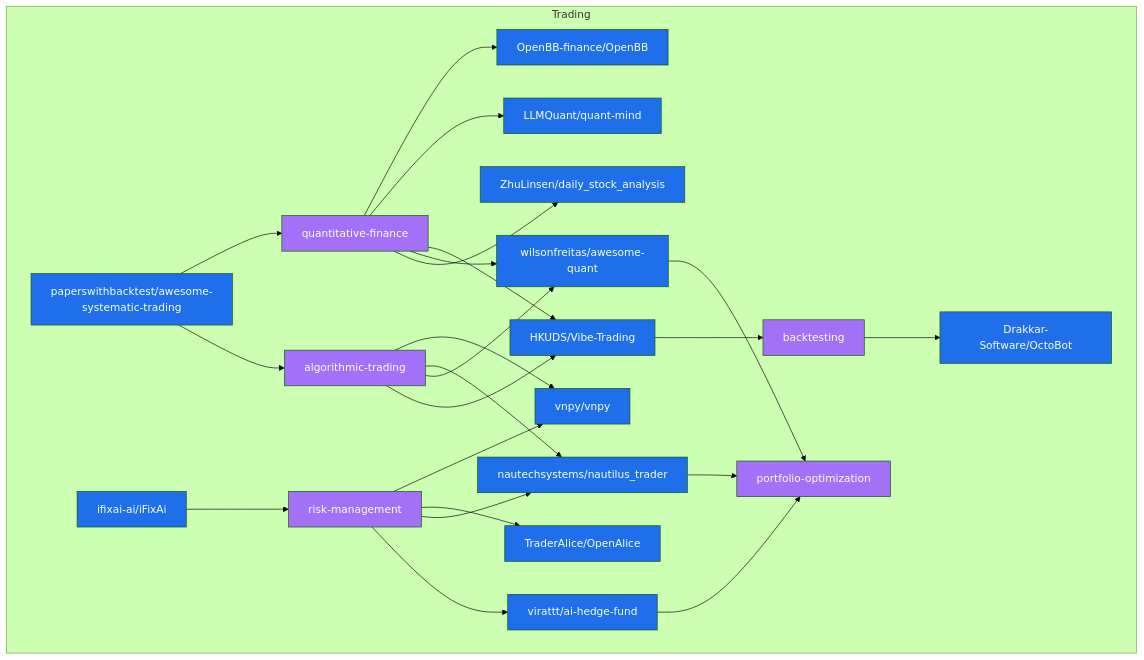
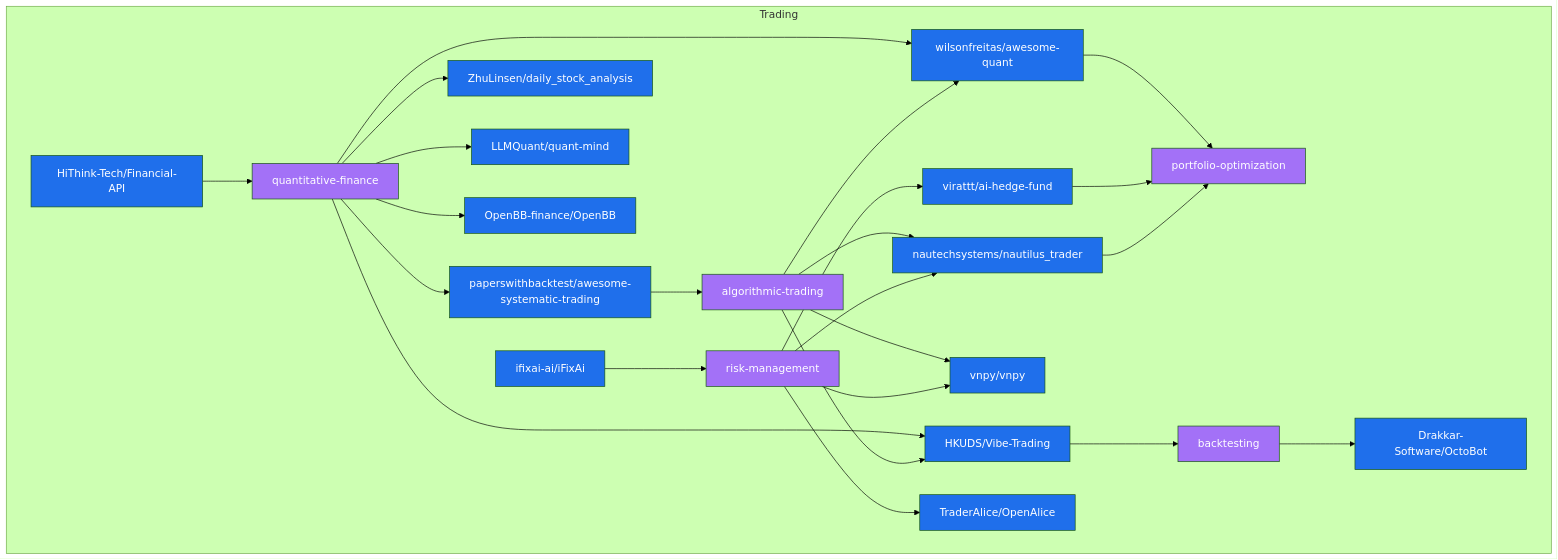
The diagram in data/star_graph_trading.mermaid (Meru143/star-graph), drawn with Mermaid (forest theme) before and after one commit. The commit also changed 15 other files, not shown here.

Commit message:
chore: weekly star graph update 2026-09-07

```diff
--- a/data/star_graph_trading.mermaid
+++ b/data/star_graph_trading.mermaid
@@ -1,46 +1,48 @@
 graph TD
   subgraph trading ["Trading"]
+    algorithmic_trading["algorithmic-trading"]:::topic
+    ZhuLinsen_daily_stock_analysis["ZhuLinsen/daily_stock_analysis"]:::repo
+    wilsonfreitas_awesome_quant["wilsonfreitas/awesome-quant"]:::repo
+    paperswithbacktest_awesome_systematic_trading["paperswithbacktest/awesome-systematic-trading"]:::repo
+    HKUDS_Vibe_Trading["HKUDS/Vibe-Trading"]:::repo
+    OpenBB_finance_OpenBB["OpenBB-finance/OpenBB"]:::repo
+    virattt_ai_hedge_fund["virattt/ai-hedge-fund"]:::repo
+    vnpy_vnpy["vnpy/vnpy"]:::repo
     Drakkar_Software_OctoBot["Drakkar-Software/OctoBot"]:::repo
+    TraderAlice_OpenAlice["TraderAlice/OpenAlice"]:::repo
+    portfolio_optimization["portfolio-optimization"]:::topic
+    quantitative_finance["quantitative-finance"]:::topic
+    risk_management["risk-management"]:::topic
+    nautechsystems_nautilus_trader["nautechsystems/nautilus_trader"]:::repo
     ifixai_ai_iFixAi["ifixai-ai/iFixAi"]:::repo
+    HiThink_Tech_Financial_API["HiThink-Tech/Financial-API"]:::repo
     backtesting["backtesting"]:::topic
     LLMQuant_quant_mind["LLMQuant/quant-mind"]:::repo
-    OpenBB_finance_OpenBB["OpenBB-finance/OpenBB"]:::repo
-    virattt_ai_hedge_fund["virattt/ai-hedge-fund"]:::repo
-    paperswithbacktest_awesome_systematic_trading["paperswithbacktest/awesome-systematic-trading"]:::repo
-    wilsonfreitas_awesome_quant["wilsonfreitas/awesome-quant"]:::repo
-    quantitative_finance["quantitative-finance"]:::topic
-    risk_management["risk-management"]:::topic
-    TraderAlice_OpenAlice["TraderAlice/OpenAlice"]:::repo
-    vnpy_vnpy["vnpy/vnpy"]:::repo
-    portfolio_optimization["portfolio-optimization"]:::topic
-    nautechsystems_nautilus_trader["nautechsystems/nautilus_trader"]:::repo
-    algorithmic_trading["algorithmic-trading"]:::topic
-    ZhuLinsen_daily_stock_analysis["ZhuLinsen/daily_stock_analysis"]:::repo
-    HKUDS_Vibe_Trading["HKUDS/Vibe-Trading"]:::repo
   end
-  paperswithbacktest_awesome_systematic_trading --> algorithmic_trading
-  paperswithbacktest_awesome_systematic_trading --> quantitative_finance
-  algorithmic_trading --> HKUDS_Vibe_Trading
-  algorithmic_trading --> wilsonfreitas_awesome_quant
-  algorithmic_trading --> nautechsystems_nautilus_trader
-  algorithmic_trading --> vnpy_vnpy
+  HiThink_Tech_Financial_API --> quantitative_finance
+  quantitative_finance --> paperswithbacktest_awesome_systematic_trading
   quantitative_finance --> ZhuLinsen_daily_stock_analysis
   quantitative_finance --> wilsonfreitas_awesome_quant
   quantitative_finance --> HKUDS_Vibe_Trading
   quantitative_finance --> LLMQuant_quant_mind
   quantitative_finance --> OpenBB_finance_OpenBB
+  paperswithbacktest_awesome_systematic_trading --> algorithmic_trading
+  algorithmic_trading --> HKUDS_Vibe_Trading
+  algorithmic_trading --> wilsonfreitas_awesome_quant
+  algorithmic_trading --> nautechsystems_nautilus_trader
+  algorithmic_trading --> vnpy_vnpy
   ifixai_ai_iFixAi --> risk_management
   risk_management --> virattt_ai_hedge_fund
   risk_management --> nautechsystems_nautilus_trader
   risk_management --> TraderAlice_OpenAlice
   risk_management --> vnpy_vnpy
   wilsonfreitas_awesome_quant --> portfolio_optimization
   virattt_ai_hedge_fund --> portfolio_optimization
   HKUDS_Vibe_Trading --> backtesting
   backtesting --> Drakkar_Software_OctoBot
   nautechsystems_nautilus_trader --> portfolio_optimization
   classDef repo fill:#1f6feb,color:#fff;
   classDef topic fill:#a371f7,color:#fff;
   classDef technology fill:#3fb950,color:#fff;
   classDef use_case fill:#d29922,color:#fff;
   classDef architecture fill:#f85149,color:#fff;
```
